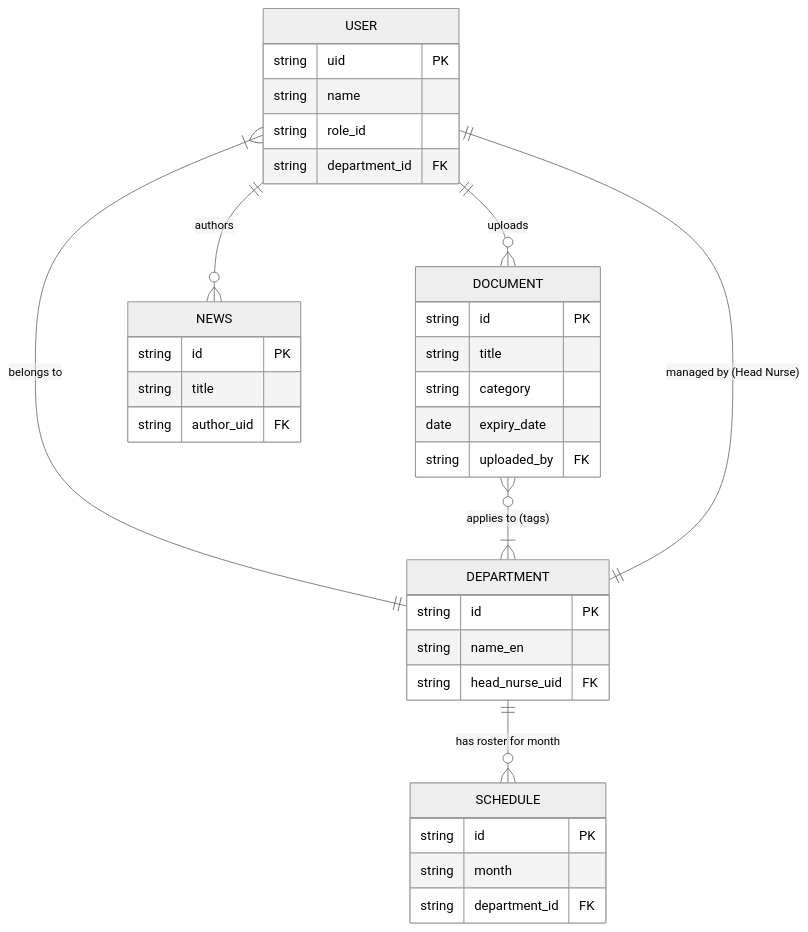
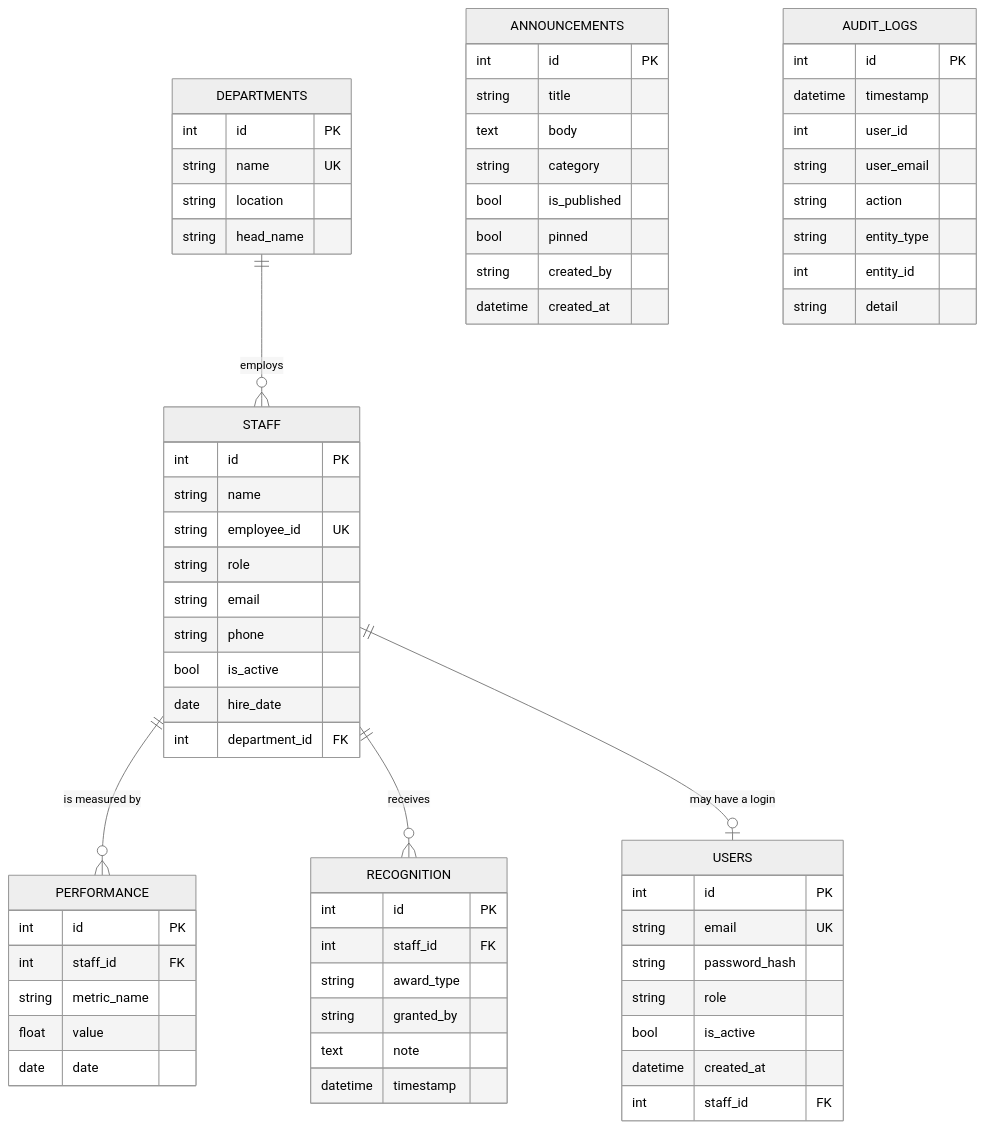
Before and after one commit to totti0770-beep/Excutive-Nursing-Adminstration-platform-JSH-: the diagram in docs/22_ER_Diagram.md, drawn with Mermaid (neutral theme). The commit also changed other lines of this file and 23 other files, not shown here.

````diff
--- a/docs/22_ER_Diagram.md
+++ b/docs/22_ER_Diagram.md
@@ -50,38 +45,69 @@
 ```mermaid
 erDiagram
-    USER {
-        string uid PK
+    DEPARTMENTS {
+        int id PK
+        string name UK
+        string location
+        string head_name
+    }
+    STAFF {
+        int id PK
         string name
-        string role_id
-        string department_id FK
+        string employee_id UK
+        string role
+        string email
+        string phone
+        bool is_active
+        date hire_date
+        int department_id FK
     }
-    DEPARTMENT {
-        string id PK
-        string name_en
-        string head_nurse_uid FK
+    USERS {
+        int id PK
+        string email UK
+        string password_hash
+        string role
+        bool is_active
+        datetime created_at
+        int staff_id FK
     }
-    DOCUMENT {
-        string id PK
+    PERFORMANCE {
+        int id PK
+        int staff_id FK
+        string metric_name
+        float value
+        date date
+    }
+    RECOGNITION {
+        int id PK
+        int staff_id FK
+        string award_type
+        string granted_by
+        text note
+        datetime timestamp
+    }
+    ANNOUNCEMENTS {
+        int id PK
         string title
+        text body
         string category
-        date expiry_date
-        string uploaded_by FK
+        bool is_published
+        bool pinned
+        string created_by
+        datetime created_at
     }
-    NEWS {
-        string id PK
-        string title
-        string author_uid FK
-    }
-    SCHEDULE {
-        string id PK
-        string month
-        string department_id FK
+    AUDIT_LOGS {
+        int id PK
+        datetime timestamp
+        int user_id
+        string user_email
+        string action
+        string entity_type
+        int entity_id
+        string detail
     }
 
-    USER }|--|| DEPARTMENT : "belongs to"
-    DEPARTMENT ||--|| USER : "managed by (Head Nurse)"
-    DOCUMENT }o--|{ DEPARTMENT : "applies to (tags)"
-    USER ||--o{ DOCUMENT : "uploads"
-    USER ||--o{ NEWS : "authors"
-    DEPARTMENT ||--o{ SCHEDULE : "has roster for month"
+    DEPARTMENTS ||--o{ STAFF : "employs"
+    STAFF ||--o{ PERFORMANCE : "is measured by"
+    STAFF ||--o{ RECOGNITION : "receives"
+    STAFF ||--o| USERS : "may have a login"
 ```
````
